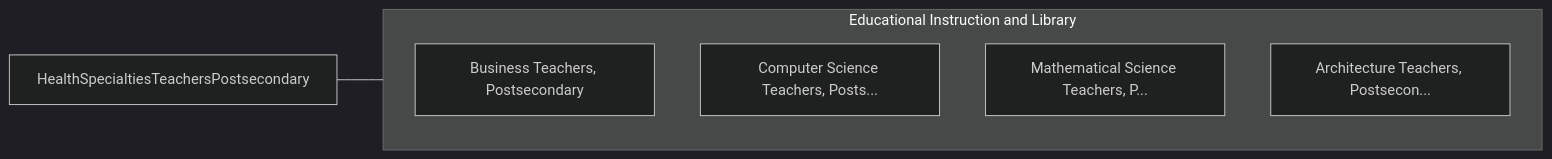
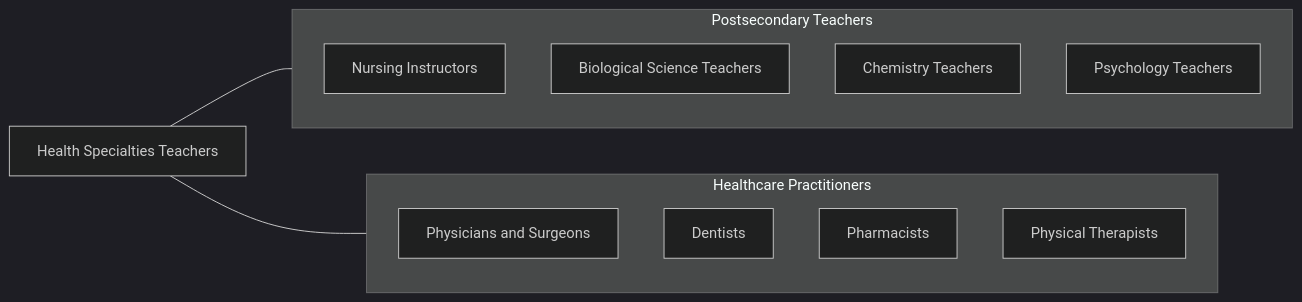
One commit to kziemski/business.org.ai changed the fourth of 4 diagrams in occupations/Education/HealthSpecialtiesTeachersPostsecondary.mdx. Above: the diagram before and after it, drawn with Mermaid (dark theme). The commit also changed other lines of this file and 938 other files, not shown here.

````diff
--- a/occupations/Education/HealthSpecialtiesTeachersPostsecondary.mdx
+++ b/occupations/Education/HealthSpecialtiesTeachersPostsecondary.mdx
@@ -67,13 +185,21 @@
 ```mermaid
 graph LR
-    Current["HealthSpecialtiesTeachersPostsecondary"]
+    Current["Health Specialties Teachers"]
 
-    subgraph SameCategory["Educational Instruction and Library"]
-        BusinessTeachersPost["Business Teachers, Postsecondary"]
-        ComputerScienceTeach["Computer Science Teachers, Posts..."]
-        MathematicalScienceT["Mathematical Science Teachers, P..."]
-        ArchitectureTeachers["Architecture Teachers, Postsecon..."]
+    subgraph SameCategory["Postsecondary Teachers"]
+        Nursing["Nursing Instructors"]
+        Biology["Biological Science Teachers"]
+        Chemistry["Chemistry Teachers"]
+        Psychology["Psychology Teachers"]
+    end
+
+    subgraph CrossFunctional["Healthcare Practitioners"]
+        Physicians["Physicians and Surgeons"]
+        Dentists["Dentists"]
+        Pharmacists["Pharmacists"]
+        Therapists["Physical Therapists"]
     end
 
     Current --- SameCategory
+    Current --- CrossFunctional
 ```
````
